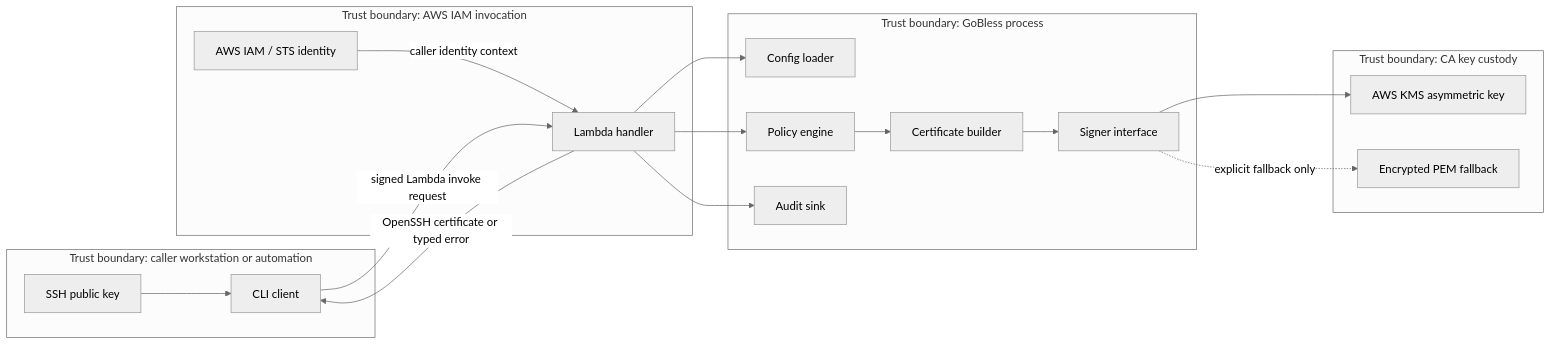
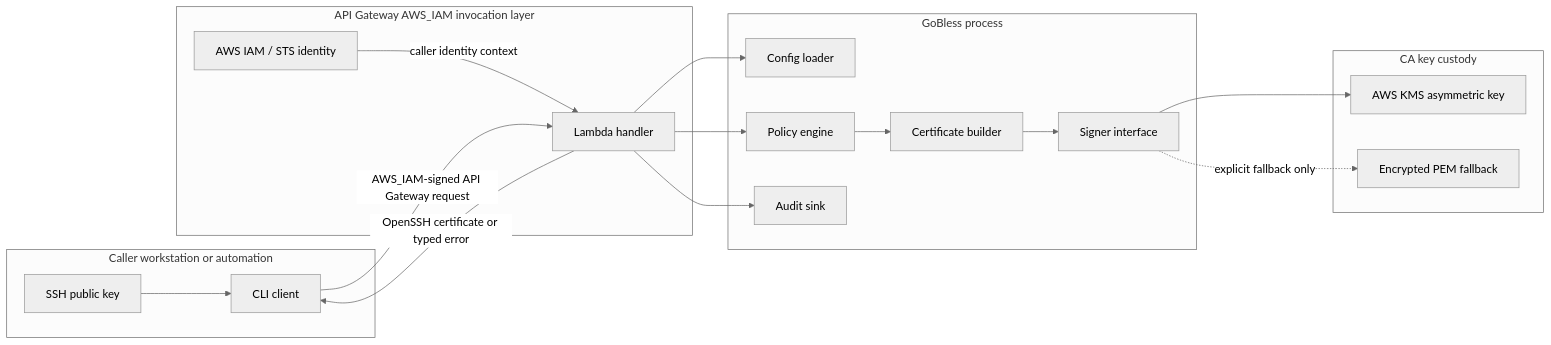
The diagram in docs/ARCHITECTURE.md (FtlC-ian/gobless), drawn with Mermaid (neutral theme) before and after one commit. The commit also changed other lines of this file and 79 other files, not shown here.

````diff
--- a/docs/ARCHITECTURE.md
+++ b/docs/ARCHITECTURE.md
@@ -7,37 +7,37 @@
 ```mermaid
 flowchart LR
-    subgraph Caller[Trust boundary: caller workstation or automation]
+    subgraph Caller[Caller workstation or automation]
         CLI[CLI client]
         PUB[SSH public key]
     end
 
-    subgraph AWSInvoke[Trust boundary: AWS IAM invocation]
+    subgraph AWSInvoke[API Gateway AWS_IAM invocation layer]
         IAM[AWS IAM / STS identity]
         LAMBDA[Lambda handler]
     end
 
-    subgraph GoBless[Trust boundary: GoBless process]
+    subgraph GoBless[GoBless process]
         CFG[Config loader]
         POL[Policy engine]
         CERT[Certificate builder]
         AUDIT[Audit sink]
         SIGN[Signer interface]
     end
 
-    subgraph Custody[Trust boundary: CA key custody]
+    subgraph Custody[CA key custody]
         KMS[AWS KMS asymmetric key]
         PEM[Encrypted PEM fallback]
     end
 
-    CLI -->|signed Lambda invoke request| LAMBDA
+    CLI -->|AWS_IAM-signed API Gateway request| LAMBDA
     PUB --> CLI
     IAM -->|caller identity context| LAMBDA
     LAMBDA --> CFG
     LAMBDA --> POL
     POL --> CERT
     CERT --> SIGN
     SIGN --> KMS
     SIGN -. explicit fallback only .-> PEM
     LAMBDA --> AUDIT
     LAMBDA -->|OpenSSH certificate or typed error| CLI
 ```
````
